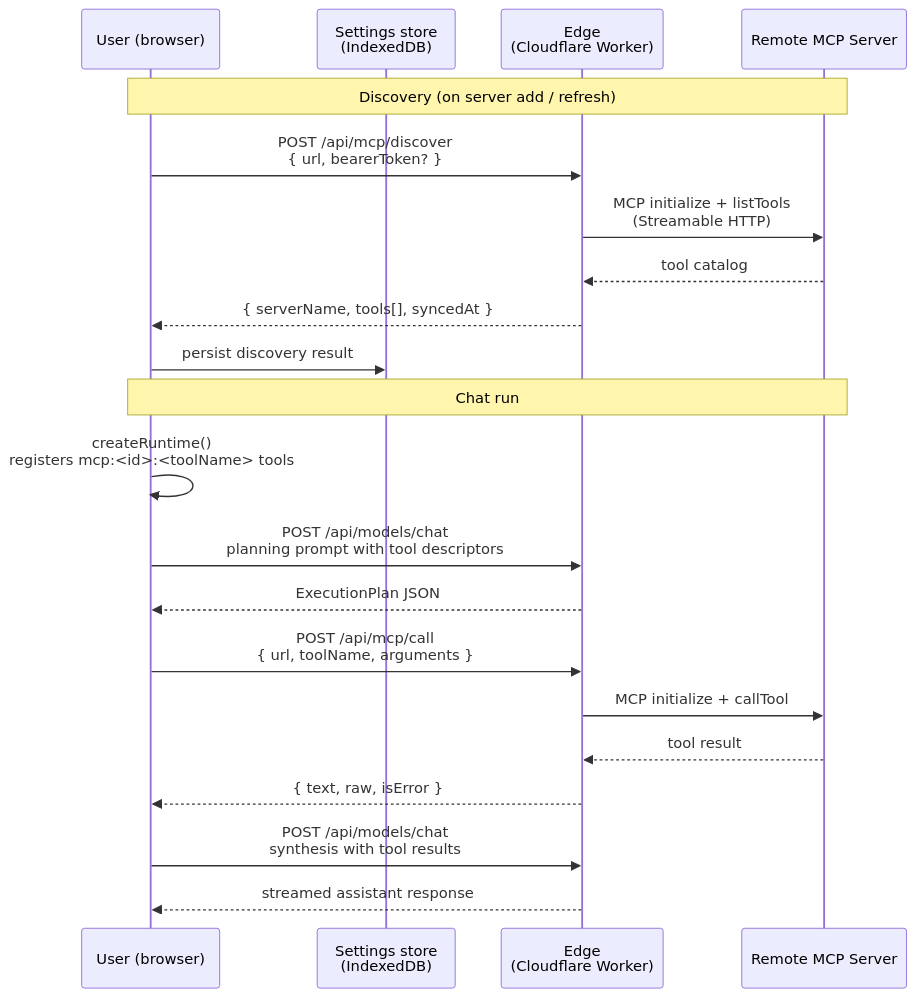
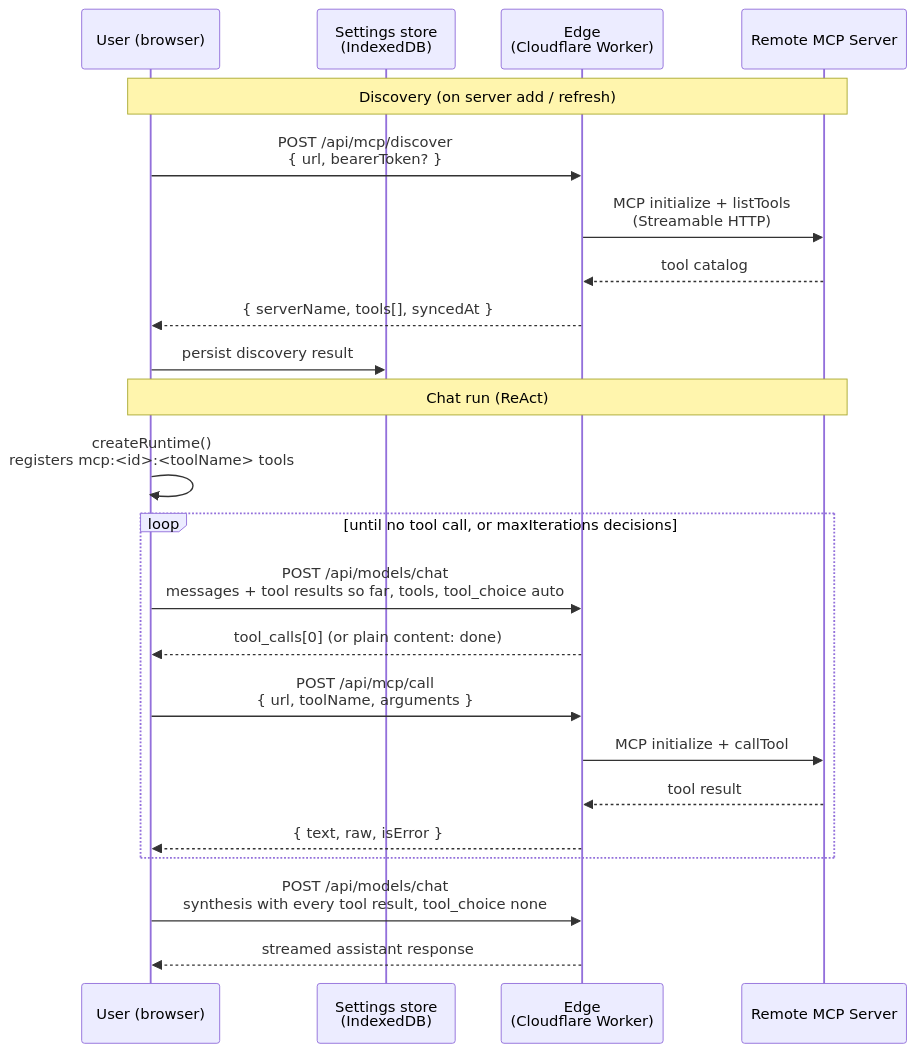
The first of 2 diagrams in docs/plugins-and-tools/mcp-integration.md (NNTin/tinytinkerer), drawn with Mermaid before and after one commit. The commit also changed other lines of this file and 7 other files, not shown here.

First line of the commit message:
feat(runtime): run iterative MCP workflows in one turn (#510, T4)

````diff
--- a/docs/plugins-and-tools/mcp-integration.md
+++ b/docs/plugins-and-tools/mcp-integration.md
@@ -55,25 +83,27 @@
 ```mermaid
 sequenceDiagram
     participant U as User (browser)
     participant S as Settings store<br/>(IndexedDB)
     participant E as Edge<br/>(Cloudflare Worker)
     participant M as Remote MCP Server
 
     Note over U,M: Discovery (on server add / refresh)
     U->>E: POST /api/mcp/discover<br/>{ url, bearerToken? }
     E->>M: MCP initialize + listTools<br/>(Streamable HTTP)
     M-->>E: tool catalog
     E-->>U: { serverName, tools[], syncedAt }
     U->>S: persist discovery result
 
-    Note over U,M: Chat run
+    Note over U,M: Chat run (ReAct)
     U->>U: createRuntime()<br/>registers mcp:<id>:<toolName> tools
-    U->>E: POST /api/models/chat<br/>planning prompt with tool descriptors
-    E-->>U: ExecutionPlan JSON
-    U->>E: POST /api/mcp/call<br/>{ url, toolName, arguments }
-    E->>M: MCP initialize + callTool
-    M-->>E: tool result
-    E-->>U: { text, raw, isError }
-    U->>E: POST /api/models/chat<br/>synthesis with tool results
+    loop until no tool call, or maxIterations decisions
+        U->>E: POST /api/models/chat<br/>messages + tool results so far, tools, tool_choice auto
+        E-->>U: tool_calls[0] (or plain content: done)
+        U->>E: POST /api/mcp/call<br/>{ url, toolName, arguments }
+        E->>M: MCP initialize + callTool
+        M-->>E: tool result
+        E-->>U: { text, raw, isError }
+    end
+    U->>E: POST /api/models/chat<br/>synthesis with every tool result, tool_choice none
     E-->>U: streamed assistant response
 ```
````
